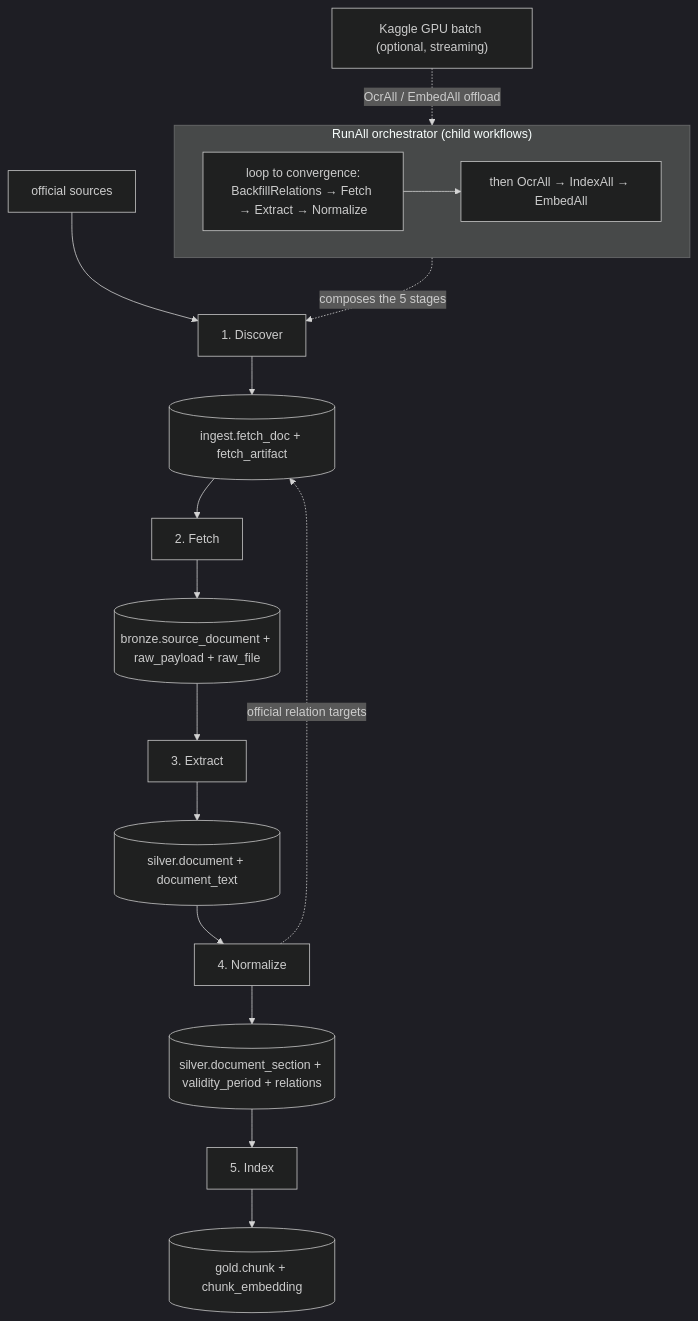
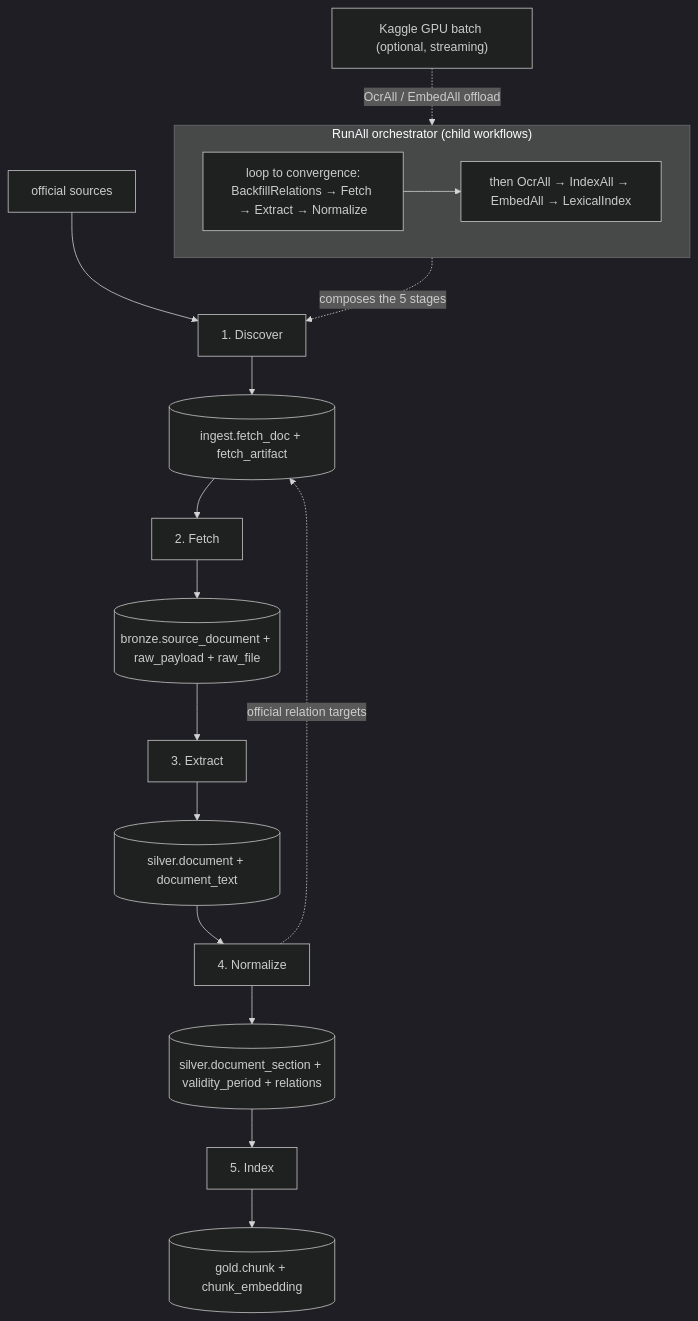
The first of 2 diagrams in docs/design/PIPELINE.md (dannyota/banhmi), drawn with Mermaid (dark theme) before and after one commit. The commit also changed other lines of this file and 8 other files, not shown here.

````diff
--- a/docs/design/PIPELINE.md
+++ b/docs/design/PIPELINE.md
@@ -40,23 +43,23 @@
 ```mermaid
 flowchart TB
   SRC["official sources"] --> DISCOVER["1. Discover"]
   DISCOVER --> LEDGER[("ingest.fetch_doc + fetch_artifact")]
   LEDGER --> FETCH["2. Fetch"]
   FETCH --> BRONZE[("bronze.source_document + raw_payload + raw_file")]
   BRONZE --> EXTRACT["3. Extract"]
   EXTRACT --> TEXT[("silver.document + document_text")]
   TEXT --> NORMALIZE["4. Normalize"]
   NORMALIZE --> SECTIONS[("silver.document_section + validity_period + relations")]
   NORMALIZE -. "official relation targets" .-> LEDGER
   SECTIONS --> INDEX["5. Index"]
   INDEX --> GOLD[("gold.chunk + chunk_embedding")]
 
   subgraph RUNALL["RunAll orchestrator (child workflows)"]
     direction LR
     LOOP["loop to convergence:<br/>BackfillRelations → Fetch → Extract → Normalize"]
-    TAIL["then OcrAll → IndexAll → EmbedAll"]
+    TAIL["then OcrAll → IndexAll → EmbedAll → LexicalIndex"]
     LOOP --> TAIL
   end
   RUNALL -. "composes the 5 stages" .-> DISCOVER
   KAGGLE["Kaggle GPU batch (optional, streaming)"] -. "OcrAll / EmbedAll offload" .-> TAIL
 ```
````
